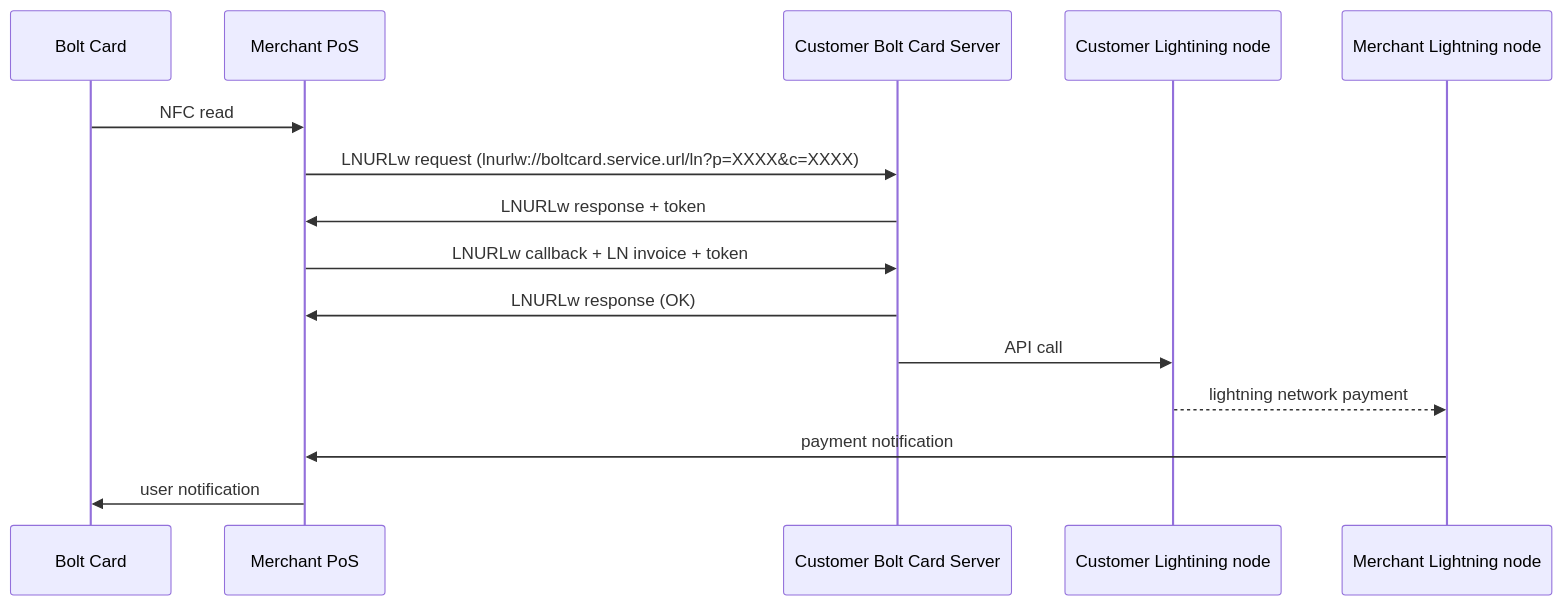
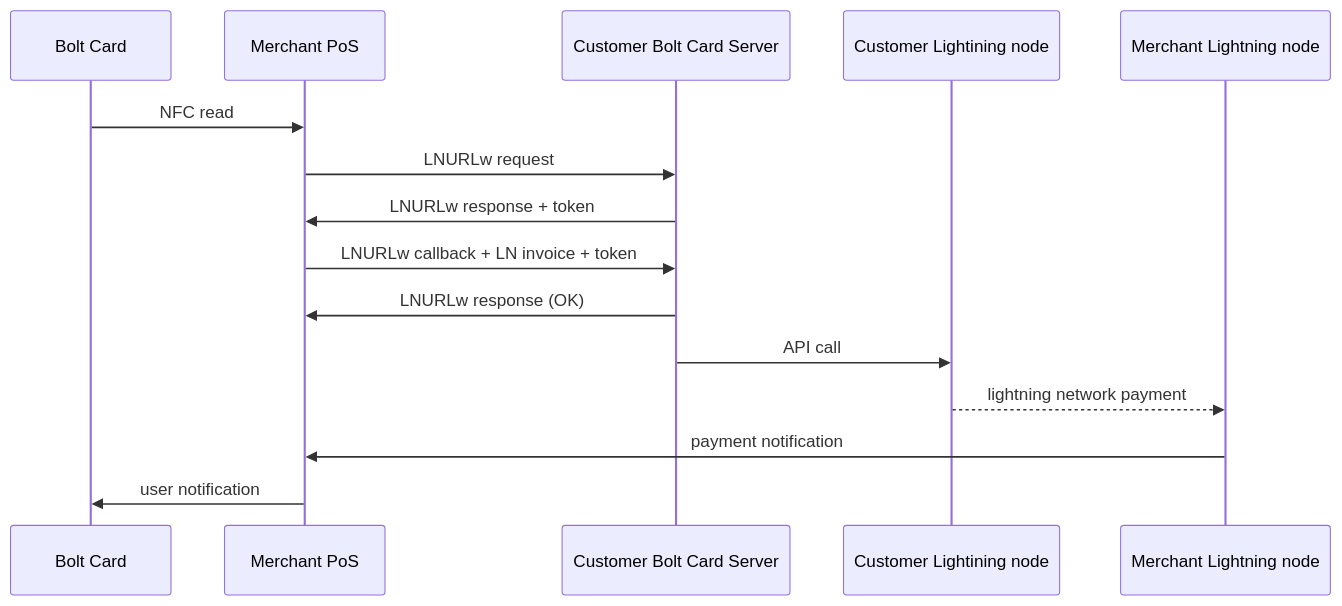
The diagram in system.MD (robertclarkson/mockend), drawn with Mermaid before and after one commit.

````diff
--- a/system.MD
+++ b/system.MD
@@ -3,17 +3,17 @@
 ```mermaid
 sequenceDiagram
     participant p1 as Bolt Card
     participant p2 as Merchant PoS
     participant p3 as Customer Bolt Card Server
     participant p4 as Customer Lightining node
     participant p5 as Merchant Lightning node
     p1->>p2: NFC read
-    p2->>p3: LNURLw request (lnurlw://boltcard.service.url/ln?p=XXXX&c=XXXX)
+    p2->>p3: LNURLw request
     p3->>p2: LNURLw response + token
     p2->>p3: LNURLw callback + LN invoice + token
     p3->>p2: LNURLw response (OK)
     p3->>p4: API call
     p4-->>p5: lightning network payment
     p5->>p2: payment notification
     p2->>p1: user notification
 ```
````
